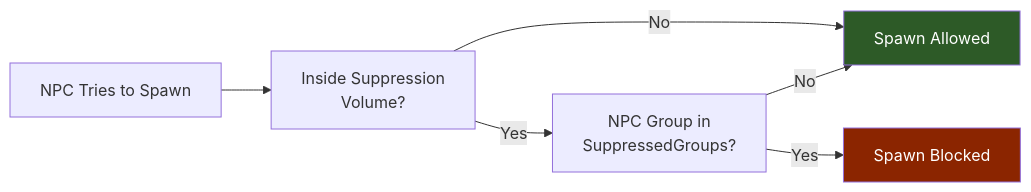
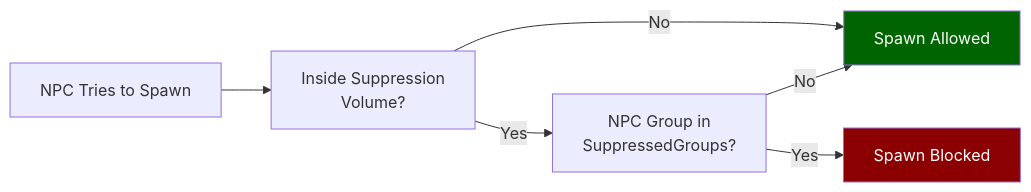
One commit to nevesb/hytale-modding-docs changed the second of 2 diagrams in src/content/docs/es/reference/npc-system/npc-spawn-rules.md. Above: the diagram before and after it, drawn with Mermaid. The commit also changed other lines of this file and 34 other files, not shown here.

````diff
--- a/src/content/docs/es/reference/npc-system/npc-spawn-rules.md
+++ b/src/content/docs/es/reference/npc-system/npc-spawn-rules.md
@@ -64,11 +64,11 @@
 ```mermaid
-flowchart LR
-    A["NPC Tries to Spawn"] --> B["Inside Suppression<br/>Volume?"]
+flowchart LR;
+    A["NPC Tries to Spawn"] --> B["Inside Suppression<br>Volume?"]
     B -->|"No"| C[Spawn Allowed]
-    B -->|"Yes"| D["NPC Group in<br/>SuppressedGroups?"]
+    B -->|"Yes"| D["NPC Group in<br>SuppressedGroups?"]
     D -->|"No"| C
     D -->|"Yes"| E[Spawn Blocked]
 
-    style C fill:#2d5a27,color:#fff
-    style E fill:#8b2500,color:#fff
+    style C fill:darkgreen,color:white
+    style E fill:darkred,color:white
 ```
````
